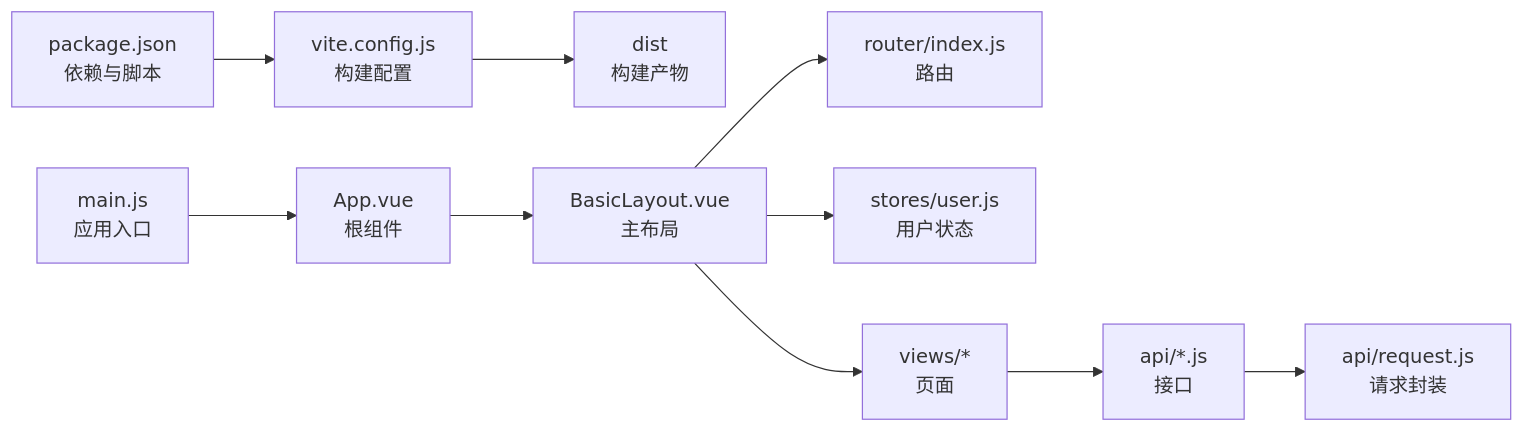
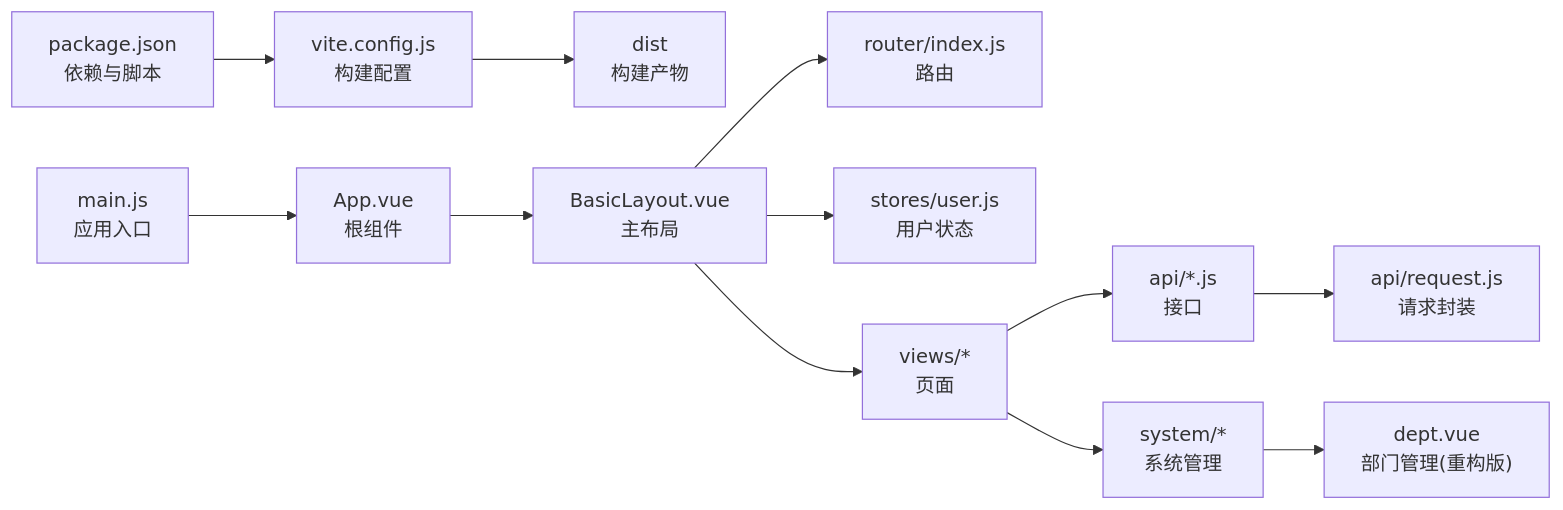
One commit to liming-lihaini/workflow changed the seventh of 7 diagrams in .qoder/repowiki/zh/content/用户界面设计/管理后台架构.md. Above: the diagram before and after it, drawn with Mermaid. The commit also changed other lines of this file and 25 other files, not shown here.

````diff
--- a/.qoder/repowiki/zh/content/用户界面设计/管理后台架构.md
+++ b/.qoder/repowiki/zh/content/用户界面设计/管理后台架构.md
@@ -285,12 +325,14 @@
 ```mermaid
 graph LR
 P["package.json<br/>依赖与脚本"] --> V["vite.config.js<br/>构建配置"]
 V --> D["dist<br/>构建产物"]
 M["main.js<br/>应用入口"] --> A["App.vue<br/>根组件"]
 A --> L["BasicLayout.vue<br/>主布局"]
 L --> R["router/index.js<br/>路由"]
 L --> S["stores/user.js<br/>用户状态"]
 L --> VIEWS["views/*<br/>页面"]
 VIEWS --> API["api/*.js<br/>接口"]
 API --> REQ["api/request.js<br/>请求封装"]
+VIEWS --> SYS["system/*<br/>系统管理"]
+SYS --> DEPT["dept.vue<br/>部门管理(重构版)"]
 ```
````
